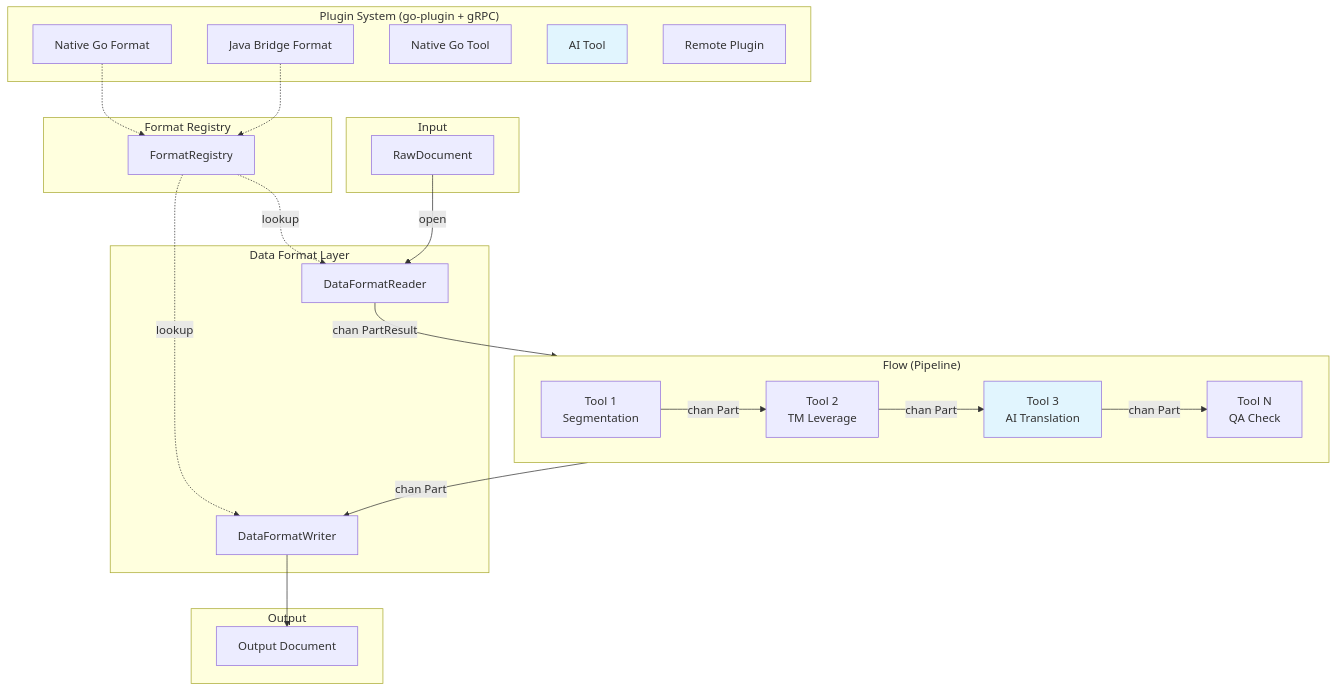
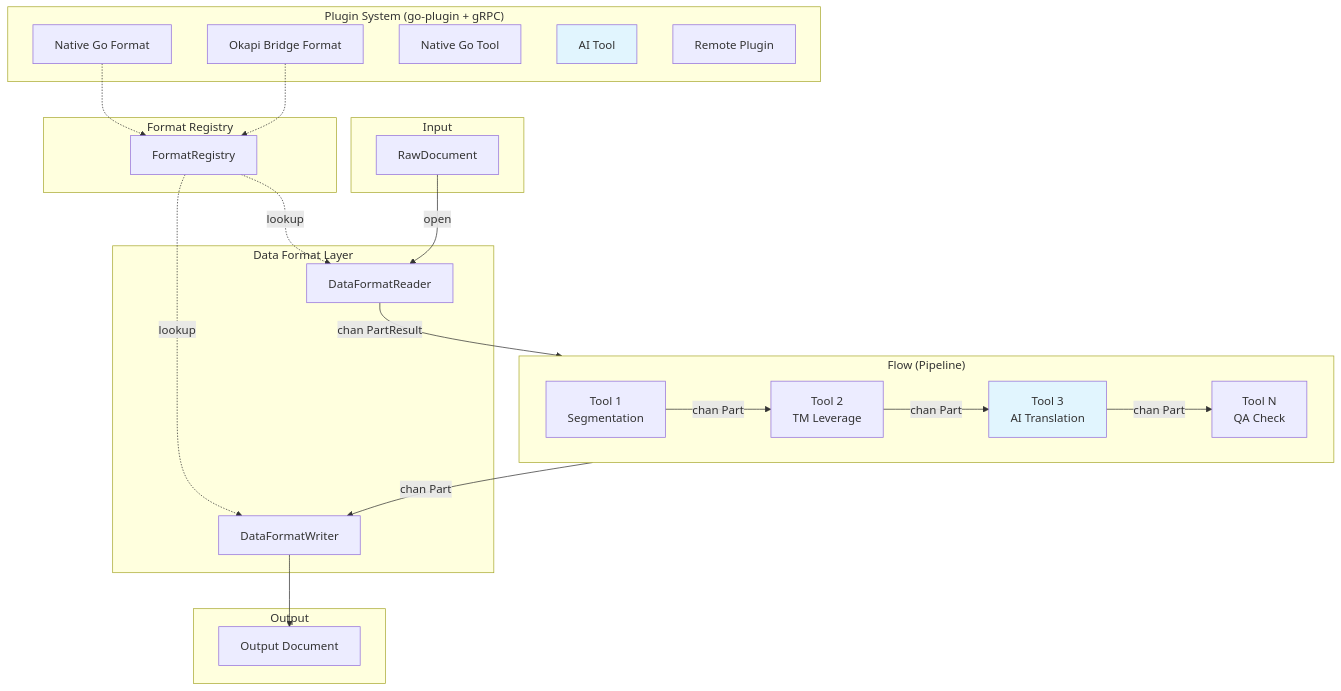
One commit to neokapi/neokapi changed the first of 2 diagrams in docs/ARCHITECTURE.md. Above: the diagram before and after it, drawn with Mermaid. The commit also changed other lines of this file and 11 other files, not shown here.

````diff
--- a/docs/ARCHITECTURE.md
+++ b/docs/ARCHITECTURE.md
@@ -9,51 +9,51 @@
 ```mermaid
 graph TB
     subgraph Input
         RD[RawDocument]
     end
 
     subgraph "Data Format Layer"
         DFR[DataFormatReader]
         DFW[DataFormatWriter]
     end
 
     subgraph "Flow (Pipeline)"
         direction LR
         T1[Tool 1<br/>Segmentation]
         T2[Tool 2<br/>TM Leverage]
         T3[Tool 3<br/>AI Translation]
         T4[Tool N<br/>QA Check]
         T1 -->|"chan Part"| T2
         T2 -->|"chan Part"| T3
         T3 -->|"chan Part"| T4
     end
 
     subgraph Output
         OUT[Output Document]
     end
 
     RD -->|open| DFR
     DFR -->|"chan PartResult"| T1
     T4 -->|"chan Part"| DFW
     DFW --> OUT
 
     subgraph "Plugin System (go-plugin + gRPC)"
         P1[Native Go Format]
-        P2[Java Bridge Format]
+        P2[Okapi Bridge Format]
         P3[Native Go Tool]
         P4[AI Tool]
         P5[Remote Plugin]
     end
 
     subgraph "Format Registry"
         FR[FormatRegistry]
     end
 
     FR -.->|lookup| DFR
     FR -.->|lookup| DFW
     P1 -.-> FR
     P2 -.-> FR
 
     style T3 fill:#e1f5fe
     style P4 fill:#e1f5fe
 ```
````
